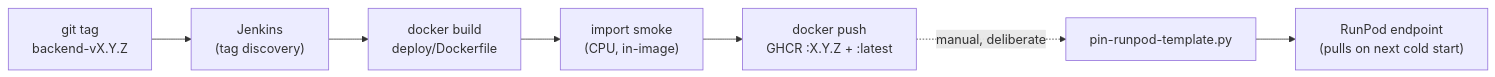
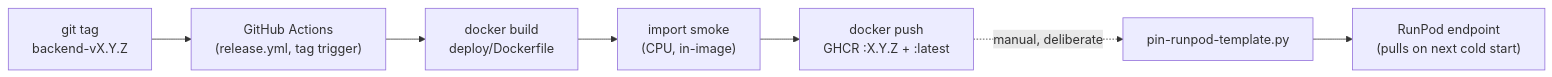
Before and after one commit to skyphusion-labs/vivijure-backend: the first of 2 diagrams in docs/operations.md, drawn with Mermaid. The commit also changed other lines of this file and 4 other files, not shown here.

````diff
--- a/docs/operations.md
+++ b/docs/operations.md
@@ -33,9 +33,9 @@
 ```mermaid
 flowchart LR
-    TAG["git tag<br/>backend-vX.Y.Z"] --> JENK["Jenkins<br/>(tag discovery)"]
-    JENK --> BUILD["docker build<br/>deploy/Dockerfile"]
+    TAG["git tag<br/>backend-vX.Y.Z"] --> GHA["GitHub Actions<br/>(release.yml, tag trigger)"]
+    GHA --> BUILD["docker build<br/>deploy/Dockerfile"]
     BUILD --> SMOKE["import smoke<br/>(CPU, in-image)"]
     SMOKE --> PUSH["docker push<br/>GHCR :X.Y.Z + :latest"]
     PUSH -. "manual, deliberate" .-> PIN["pin-runpod-template.py"]
     PIN --> POD["RunPod endpoint<br/>(pulls on next cold start)"]
 ```
````
